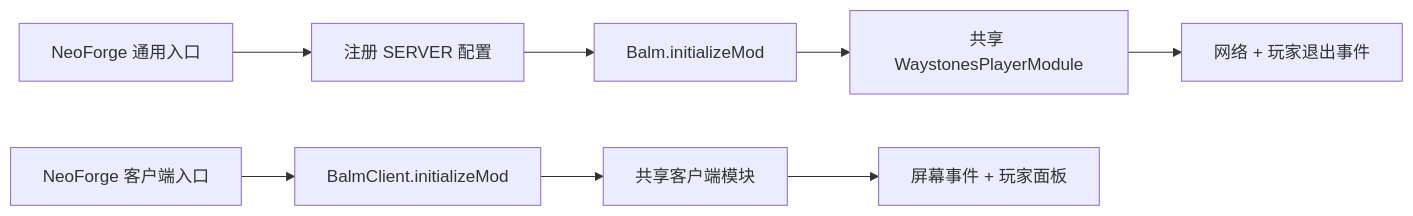
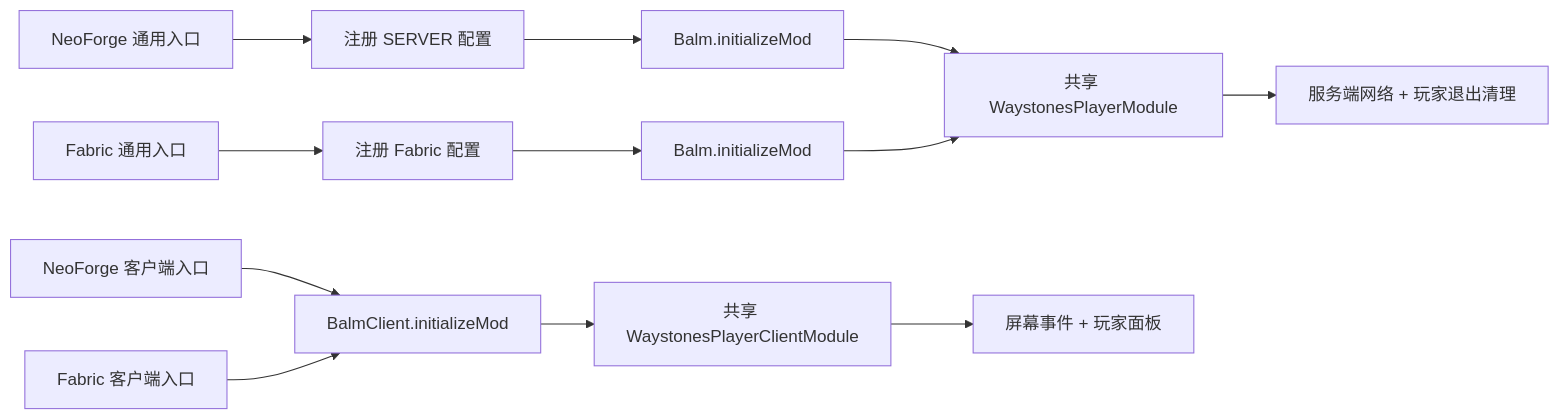
Before and after one commit to PalosJ/Waystones-Player-to-player-TP: the diagram in docs/ARCHITECTURE.md, drawn with Mermaid. The commit also changed other lines of this file and 19 other files, not shown here.

````diff
--- a/docs/ARCHITECTURE.md
+++ b/docs/ARCHITECTURE.md
@@ -32,10 +52,15 @@
 ```mermaid
 flowchart LR
-    N["NeoForge 通用入口"] --> C["注册 SERVER 配置"]
-    C --> B["Balm.initializeMod"]
-    B --> M["共享 WaystonesPlayerModule"]
-    M --> S["网络 + 玩家退出事件"]
-    NC["NeoForge 客户端入口"] --> BC["BalmClient.initializeMod"]
-    BC --> CM["共享客户端模块"]
+    N["NeoForge 通用入口"] --> NC["注册 SERVER 配置"]
+    NC --> NB["Balm.initializeMod"]
+    F["Fabric 通用入口"] --> FC["注册 Fabric 配置"]
+    FC --> FB["Balm.initializeMod"]
+    NB --> M["共享 WaystonesPlayerModule"]
+    FB --> M
+    M --> S["服务端网络 + 玩家退出清理"]
+
+    NCL["NeoForge 客户端入口"] --> BCL["BalmClient.initializeMod"]
+    FCL["Fabric 客户端入口"] --> BCL
+    BCL --> CM["共享 WaystonesPlayerClientModule"]
     CM --> UI["屏幕事件 + 玩家面板"]
 ```
````
